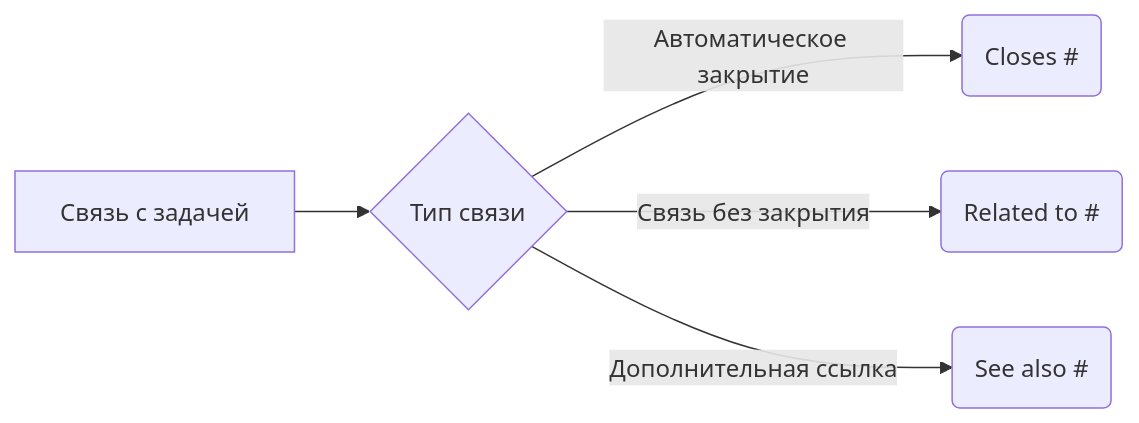
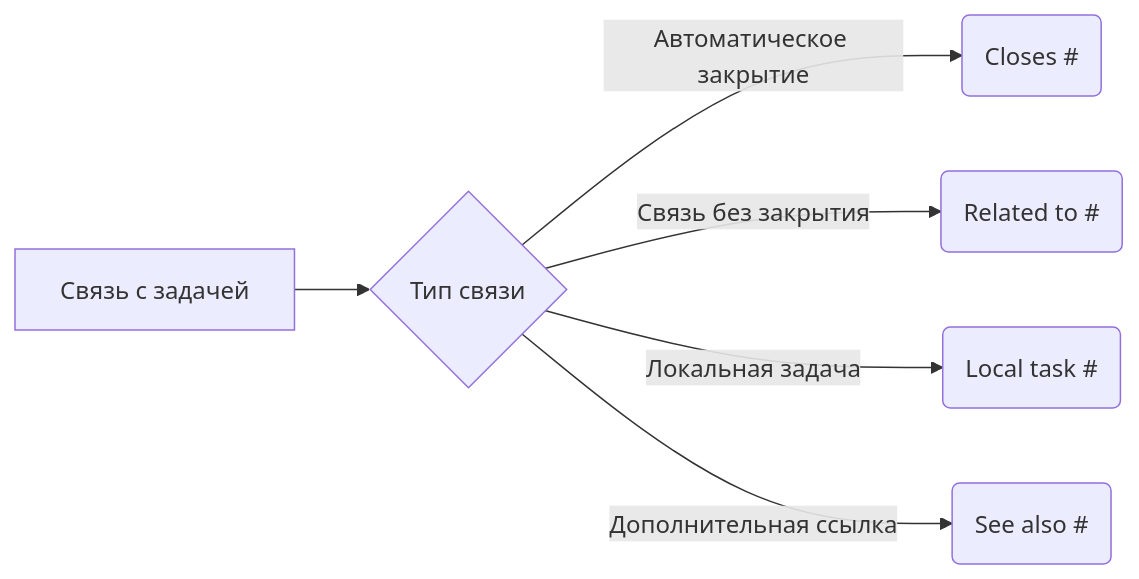
One commit to VladimirMonin/exception-blog.ru changed the first of 3 diagrams in doc/commit_rules.md. Above: the diagram before and after it, drawn with Mermaid. The commit also changed other lines of this file and 8 other files, not shown here.

````diff
--- a/doc/commit_rules.md
+++ b/doc/commit_rules.md
@@ -31,7 +31,8 @@
 ```mermaid
 graph LR
     A[Связь с задачей] --> B{Тип связи}
     B -->|Автоматическое закрытие| C(Closes #)
     B -->|Связь без закрытия| D(Related to #)
-    B -->|Дополнительная ссылка| E(See also #)
+    B -->|Локальная задача| E(Local task #)
+    B -->|Дополнительная ссылка| F(See also #)
 ```
````
